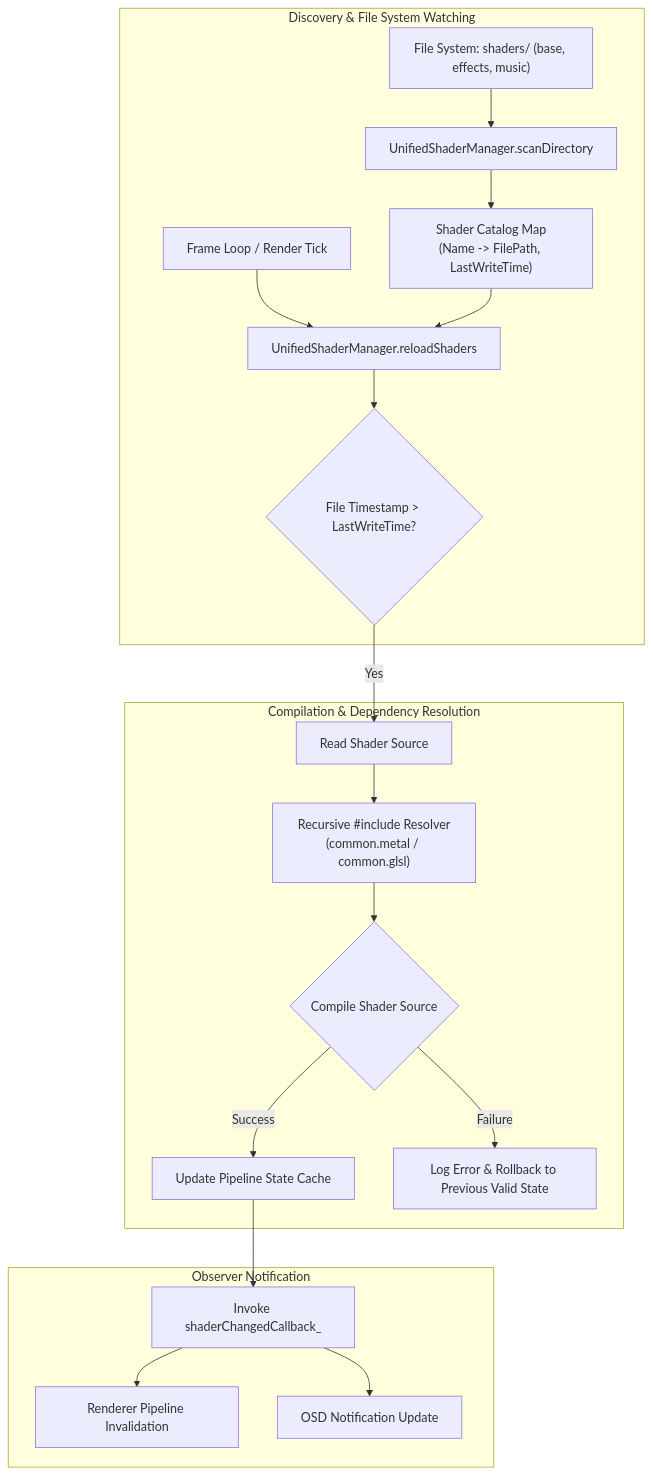
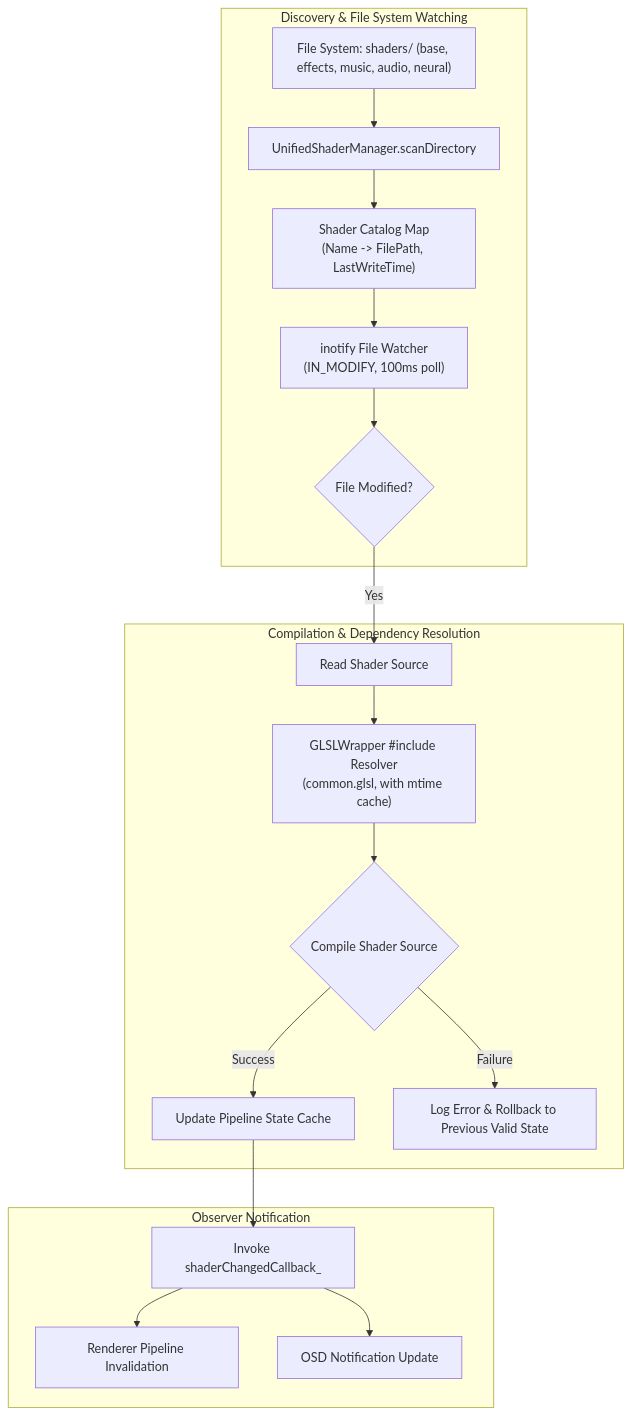
Before and after one commit to 23skdu/ShaderCandy: the ninth of 12 diagrams in docs/ArchitectureDiagrams.md, drawn with Mermaid. The commit also changed other lines of this file and 11 other files, not shown here.

````diff
--- a/docs/ArchitectureDiagrams.md
+++ b/docs/ArchitectureDiagrams.md
@@ -221,24 +267,23 @@
 ```mermaid
 flowchart TD
     subgraph "Discovery & File System Watching"
-        FS["File System: shaders/ (base, effects, music)"] --> Scan["UnifiedShaderManager.scanDirectory"]
+        FS["File System: shaders/ (base, effects, music, audio, neural)"] --> Scan["UnifiedShaderManager.scanDirectory"]
         Scan --> Catalog["Shader Catalog Map\n(Name -> FilePath, LastWriteTime)"]
-        Timer["Frame Loop / Render Tick"] --> Watch["UnifiedShaderManager.reloadShaders"]
+        Watch["inotify File Watcher\n(IN_MODIFY, 100ms poll)"] --> Mod{File Modified?}
         Catalog --> Watch
-        Watch --> Mod{File Timestamp > LastWriteTime?}
     end
 
     subgraph "Compilation & Dependency Resolution"
         Mod -->|Yes| Read[Read Shader Source]
-        Read --> Inc["Recursive #include Resolver\n(common.metal / common.glsl)"]
+        Read --> Inc["GLSLWrapper #include Resolver\n(common.glsl, with mtime cache)"]
         Inc --> Comp{Compile Shader Source}
         Comp -->|Success| UpdCache["Update Pipeline State Cache"]
         Comp -->|Failure| Rollback["Log Error & Rollback to Previous Valid State"]
     end
 
     subgraph "Observer Notification"
         UpdCache --> CB["Invoke shaderChangedCallback_"]
         CB --> Rend["Renderer Pipeline Invalidation"]
         CB --> UI["OSD Notification Update"]
     end
 ```
````
